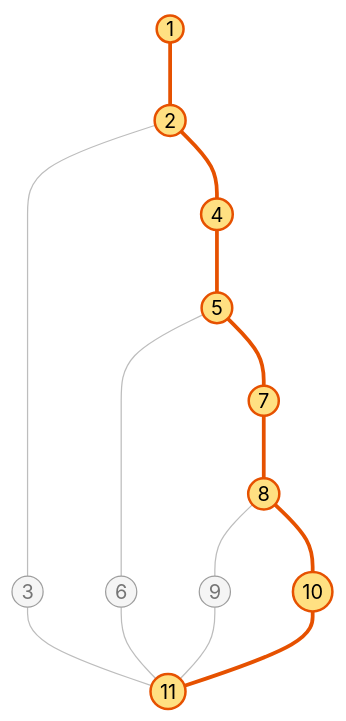
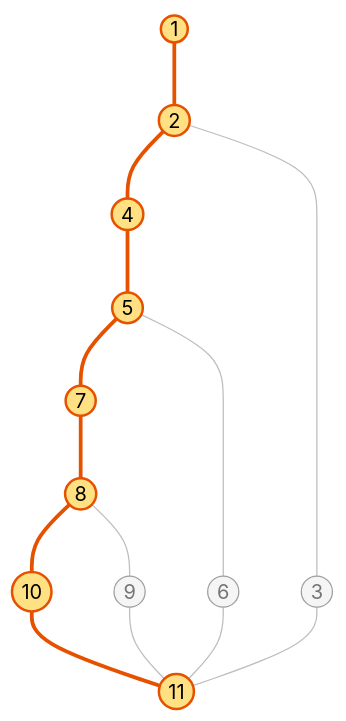
The fifth of 5 diagrams in tests/docs/caja_blanca_02_adquirir_pista.md (bloedige/itdb_ctf), drawn with Mermaid before and after one commit. The commit also changed other lines of this file and 47 other files, not shown here.

````diff
--- a/tests/docs/caja_blanca_02_adquirir_pista.md
+++ b/tests/docs/caja_blanca_02_adquirir_pista.md
@@ -160,21 +175,21 @@
 ```mermaid
 graph TD
     n1((1)) --- n2((2))
-    n2 --- n3((3))
-    n3 --- n11((11))
     n2 --- n4((4))
     n4 --- n5((5))
+    n5 --- n7((7))
+    n7 --- n8((8))
+    n8 --- n10((10))
+    n10 --- n11((11))
+    n8 --- n9((9))
+    n9 --- n11
     n5 --- n6((6))
     n6 --- n11
-    n5 --- n7((7))
-    n7 --- n8((8))
-    n8 --- n9((9))
-    n9 --- n11
-    n8 --- n10((10))
-    n10 --- n11
+    n2 --- n3((3))
+    n3 --- n11
     classDef default fill:#f5f5f5,stroke:#9e9e9e,color:#757575
     classDef camino fill:#ffe082,stroke:#e65100,stroke-width:2px,color:#000
     class n1,n2,n4,n5,n7,n8,n10,n11 camino
     linkStyle default stroke:#bdbdbd,stroke-width:1px
-    linkStyle 0,3,4,7,8,11,12 stroke:#e65100,stroke-width:3px
+    linkStyle 0,1,2,3,4,5,6 stroke:#e65100,stroke-width:3px
 ```
````
